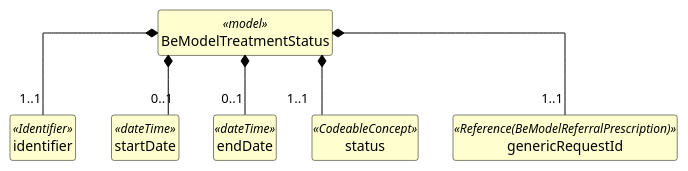
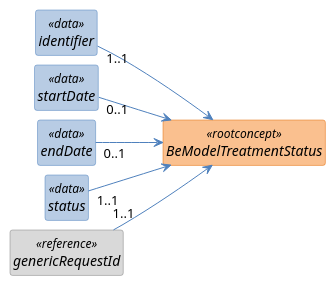
The diagram in exports/diagrams/BeModelTreatmentStatus-uml.puml (caresets/caresets-src), drawn with PlantUML before and after one commit. The commit also changed 287 other files, not shown here.

```diff
--- a/exports/diagrams/BeModelTreatmentStatus-uml.puml
+++ b/exports/diagrams/BeModelTreatmentStatus-uml.puml
@@ -1,38 +1,45 @@
 @startuml
+left to right direction
 skinparam shadowing false
+skinparam nodesep 10
+skinparam ranksep 40
 skinparam classAttributeIconSize 0
-skinparam linetype ortho
 skinparam class {
-  BackgroundColor #FEFECE
-  BorderColor #000000
-  ArrowColor #000000
-  FontStyle bold
-  AttributeFontStyle normal
+  FontStyle italic
+  BackgroundColor<<rootconcept>> #FAC08F
+  BorderColor<<rootconcept>> #E36C0A
+  BackgroundColor<<data>> #B8CCE4
+  BorderColor<<data>> #4F81BD
+  BackgroundColor<<reference>> #D9D9D9
+  BorderColor<<reference>> #808080
+  BackgroundColor<<value set>> #C3D69B
+  BorderColor<<value set>> #77933C
+  ArrowColor #4F81BD
 }
 hide circle
 hide empty members
 
-class "BeModelTreatmentStatus" as BeModelTreatmentStatus <<model>> {
+class "BeModelTreatmentStatus" as BeModelTreatmentStatus <<rootconcept>> {
 }
 
-class "identifier" as BeModelTreatmentStatus_identifier <<Identifier>> {
+class "identifier" as BeModelTreatmentStatus_identifier <<data>> {
 }
 
-class "startDate" as BeModelTreatmentStatus_startDate <<dateTime>> {
+class "startDate" as BeModelTreatmentStatus_startDate <<data>> {
 }
 
-class "endDate" as BeModelTreatmentStatus_endDate <<dateTime>> {
+class "endDate" as BeModelTreatmentStatus_endDate <<data>> {
 }
 
-class "status" as BeModelTreatmentStatus_status <<CodeableConcept>> {
+class "status" as BeModelTreatmentStatus_status <<data>> {
 }
 
-class "genericRequestId" as BeModelTreatmentStatus_genericRequestId <<Reference(BeModelReferralPrescription)>> {
+class "genericRequestId" as BeModelTreatmentStatus_genericRequestId <<reference>> {
 }
 
-BeModelTreatmentStatus *-- "1..1" BeModelTreatmentStatus_identifier
-BeModelTreatmentStatus *-- "0..1" BeModelTreatmentStatus_startDate
-BeModelTreatmentStatus *-- "0..1" BeModelTreatmentStatus_endDate
-BeModelTreatmentStatus *-- "1..1" BeModelTreatmentStatus_status
-BeModelTreatmentStatus *-- "1..1" BeModelTreatmentStatus_genericRequestId
+BeModelTreatmentStatus_identifier "1..1" --> BeModelTreatmentStatus
+BeModelTreatmentStatus_startDate "0..1" --> BeModelTreatmentStatus
+BeModelTreatmentStatus_endDate "0..1" --> BeModelTreatmentStatus
+BeModelTreatmentStatus_status "1..1" --> BeModelTreatmentStatus
+BeModelTreatmentStatus_genericRequestId "1..1" --> BeModelTreatmentStatus
 @enduml
```
